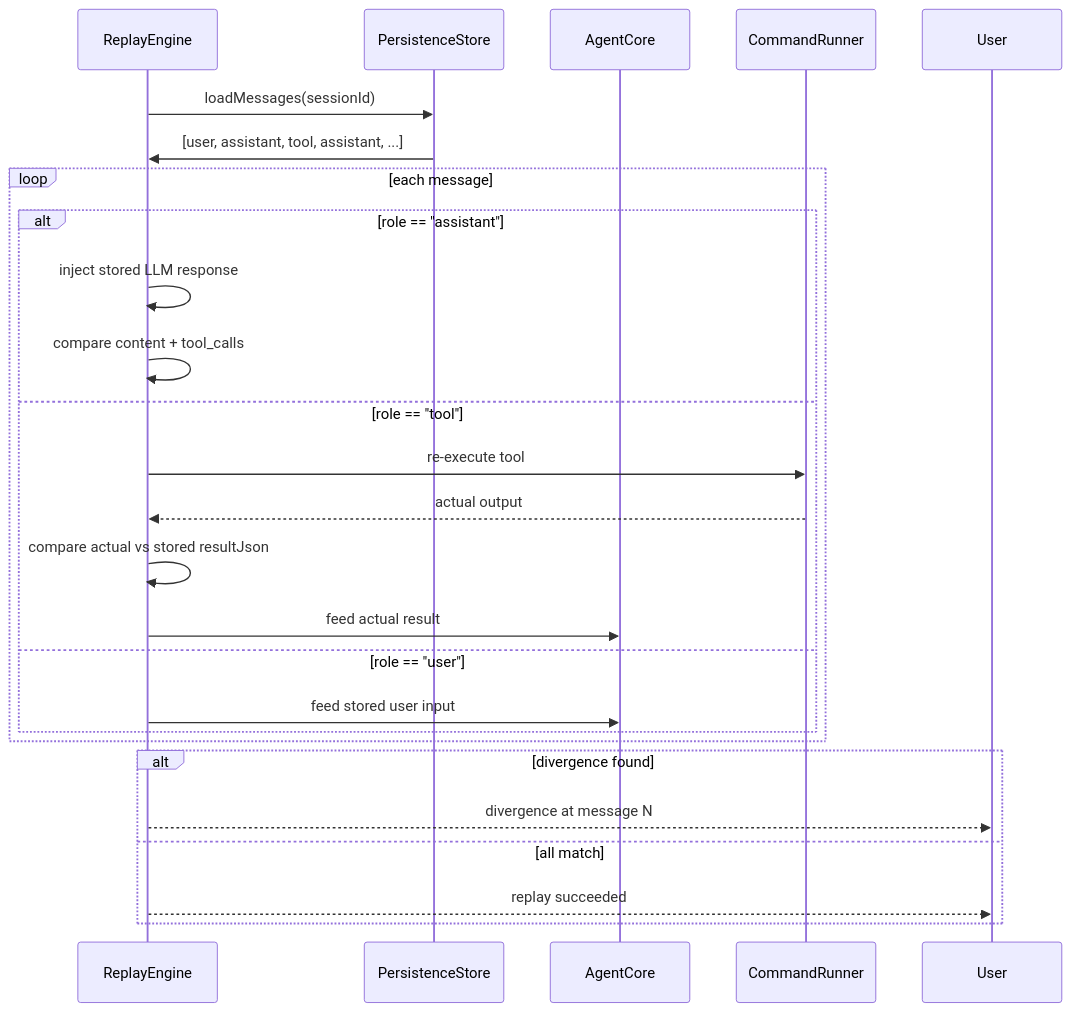
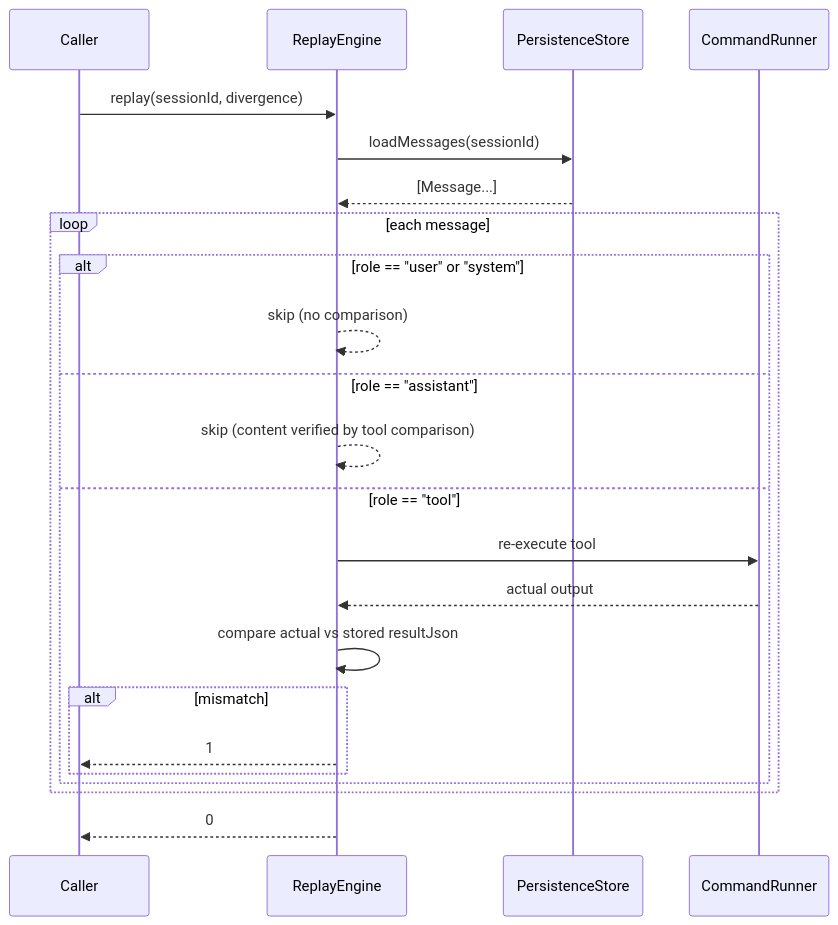
One commit to opensassi/a0 changed the third of 4 diagrams in src/persistence/technical-specification.md. Above: the diagram before and after it, drawn with Mermaid. The commit also changed other lines of this file and 165 other files, not shown here.

````diff
--- a/src/persistence/technical-specification.md
+++ b/src/persistence/technical-specification.md
@@ -471,30 +566,27 @@
 ```mermaid
 sequenceDiagram
+    participant C as Caller
     participant RE as ReplayEngine
     participant PS as PersistenceStore
-    participant AC as AgentCore
     participant CR as CommandRunner
 
+    C->>RE: replay(sessionId, divergence)
     RE->>PS: loadMessages(sessionId)
-    PS->>RE: [user, assistant, tool, assistant, ...]
+    PS-->>RE: [Message...]
 
     loop each message
-        alt role == "assistant"
-            RE->>RE: inject stored LLM response
-            RE->>RE: compare content + tool_calls
+        alt role == "user" or "system"
+            RE-->>RE: skip (no comparison)
+        else role == "assistant"
+            RE-->>RE: skip (content verified by tool comparison)
         else role == "tool"
             RE->>CR: re-execute tool
             CR-->>RE: actual output
             RE->>RE: compare actual vs stored resultJson
-            RE->>AC: feed actual result
-        else role == "user"
-            RE->>AC: feed stored user input
+            alt mismatch
+                RE-->>C: 1
+            end
         end
     end
-
-    alt divergence found
-        RE-->>User: divergence at message N
-    else all match
-        RE-->>User: replay succeeded
-    end
+    RE-->>C: 0
 ```
````
